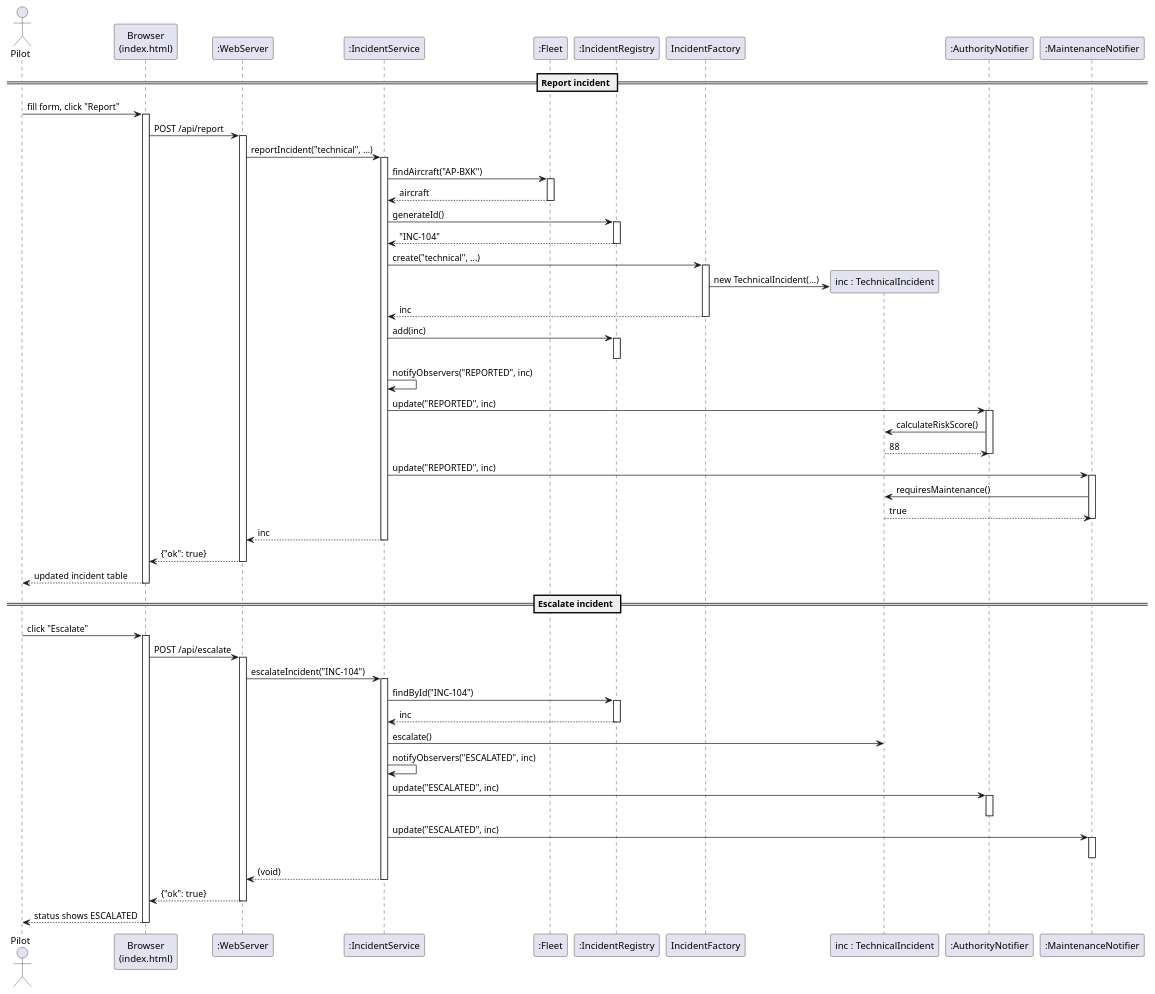
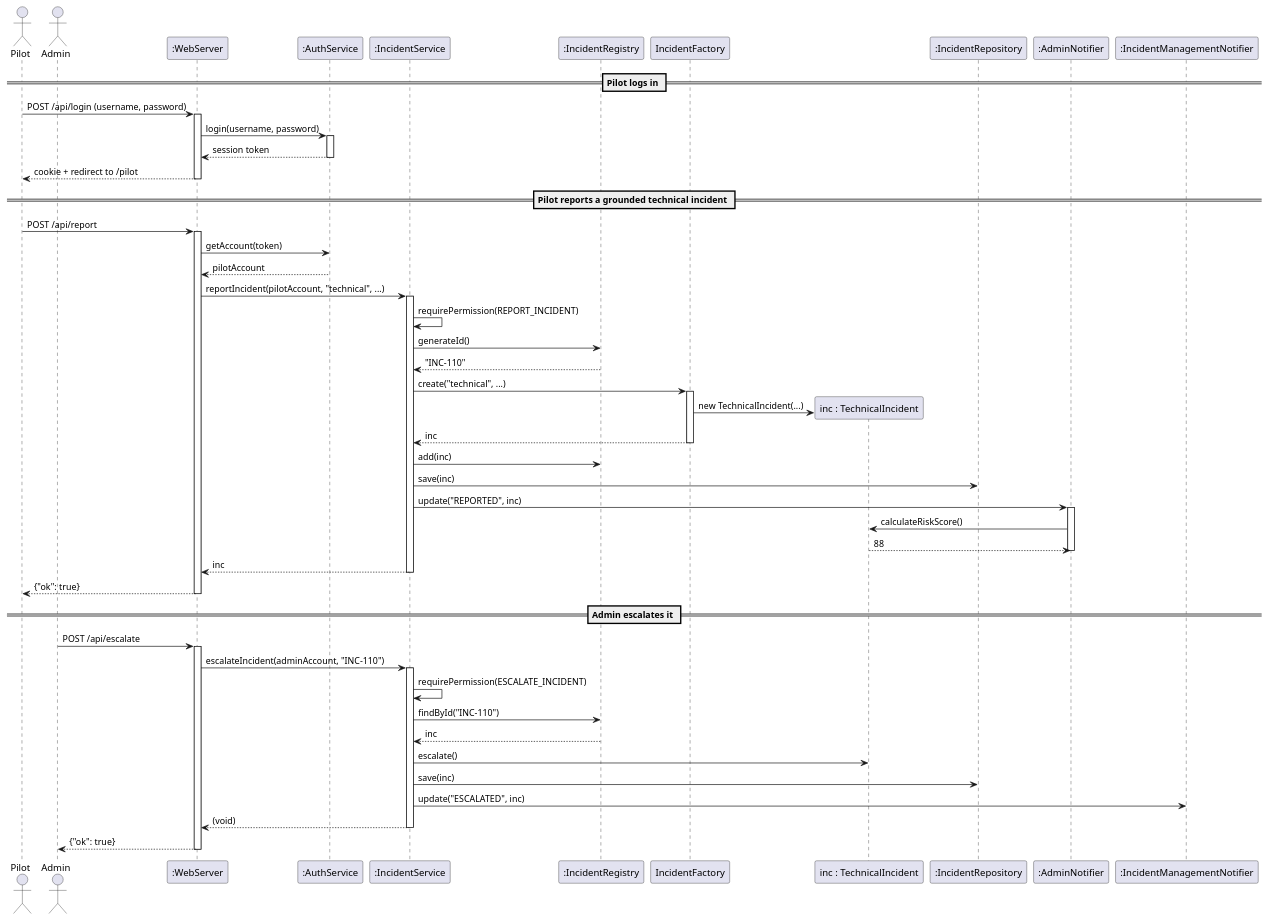
One commit to hassanshakil22/OOAD-ASIMS changed the eighth of 10 diagrams in docs/UML_DIAGRAMS.md. Above: the diagram before and after it, drawn with PlantUML. The commit also changed other lines of this file and 25 other files, not shown here.

Commit message:
Update report, UML diagrams, test results and README for the new system

````diff
--- a/docs/UML_DIAGRAMS.md
+++ b/docs/UML_DIAGRAMS.md
@@ -637,82 +610,69 @@
 ```plantuml
 @startuml
 actor Pilot
-participant "Browser\n(index.html)" as UI
+actor Admin
 participant ":WebServer" as WEB
+participant ":AuthService" as AUTH
 participant ":IncidentService" as SVC
-participant ":Fleet" as FLEET
 participant ":IncidentRegistry" as REG
 participant "IncidentFactory" as FAC
 participant "inc : TechnicalIncident" as INC
-participant ":AuthorityNotifier" as AUTH
-participant ":MaintenanceNotifier" as MAINT
+participant ":IncidentRepository" as REPO
+participant ":AdminNotifier" as ADM
+participant ":IncidentManagementNotifier" as MGT
 
-== Report incident ==
-Pilot -> UI : fill form, click "Report"
-activate UI
-UI -> WEB : POST /api/report
+== Pilot logs in ==
+Pilot -> WEB : POST /api/login (username, password)
 activate WEB
-WEB -> SVC : reportIncident("technical", ...)
+WEB -> AUTH : login(username, password)
+activate AUTH
+AUTH --> WEB : session token
+deactivate AUTH
+WEB --> Pilot : cookie + redirect to /pilot
+deactivate WEB
+
+== Pilot reports a grounded technical incident ==
+Pilot -> WEB : POST /api/report
+activate WEB
+WEB -> AUTH : getAccount(token)
+AUTH --> WEB : pilotAccount
+WEB -> SVC : reportIncident(pilotAccount, "technical", ...)
 activate SVC
-SVC -> FLEET : findAircraft("AP-BXK")
-activate FLEET
-FLEET --> SVC : aircraft
-deactivate FLEET
+SVC -> SVC : requirePermission(REPORT_INCIDENT)
 SVC -> REG : generateId()
-activate REG
-REG --> SVC : "INC-104"
-deactivate REG
+REG --> SVC : "INC-110"
 SVC -> FAC : create("technical", ...)
 activate FAC
 create INC
 FAC -> INC : new TechnicalIncident(...)
 FAC --> SVC : inc
 deactivate FAC
 SVC -> REG : add(inc)
-activate REG
-deactivate REG
-SVC -> SVC : notifyObservers("REPORTED", inc)
-SVC -> AUTH : update("REPORTED", inc)
-activate AUTH
-AUTH -> INC : calculateRiskScore()
-INC --> AUTH : 88
-deactivate AUTH
-SVC -> MAINT : update("REPORTED", inc)
-activate MAINT
-MAINT -> INC : requiresMaintenance()
-INC --> MAINT : true
-deactivate MAINT
+SVC -> REPO : save(inc)
+SVC -> ADM : update("REPORTED", inc)
+activate ADM
+ADM -> INC : calculateRiskScore()
+INC --> ADM : 88
+deactivate ADM
 SVC --> WEB : inc
 deactivate SVC
-WEB --> UI : {"ok": true}
+WEB --> Pilot : {"ok": true}
 deactivate WEB
-UI --> Pilot : updated incident table
-deactivate UI
 
-== Escalate incident ==
-Pilot -> UI : click "Escalate"
-activate UI
-UI -> WEB : POST /api/escalate
+== Admin escalates it ==
+Admin -> WEB : POST /api/escalate
 activate WEB
-WEB -> SVC : escalateIncident("INC-104")
+WEB -> SVC : escalateIncident(adminAccount, "INC-110")
 activate SVC
-SVC -> REG : findById("INC-104")
-activate REG
+SVC -> SVC : requirePermission(ESCALATE_INCIDENT)
+SVC -> REG : findById("INC-110")
 REG --> SVC : inc
-deactivate REG
 SVC -> INC : escalate()
-SVC -> SVC : notifyObservers("ESCALATED", inc)
-SVC -> AUTH : update("ESCALATED", inc)
-activate AUTH
-deactivate AUTH
-SVC -> MAINT : update("ESCALATED", inc)
-activate MAINT
-deactivate MAINT
+SVC -> REPO : save(inc)
+SVC -> MGT : update("ESCALATED", inc)
 SVC --> WEB : (void)
 deactivate SVC
-WEB --> UI : {"ok": true}
+WEB --> Admin : {"ok": true}
 deactivate WEB
-UI --> Pilot : status shows ESCALATED
-deactivate UI
 @enduml
 ```
````
